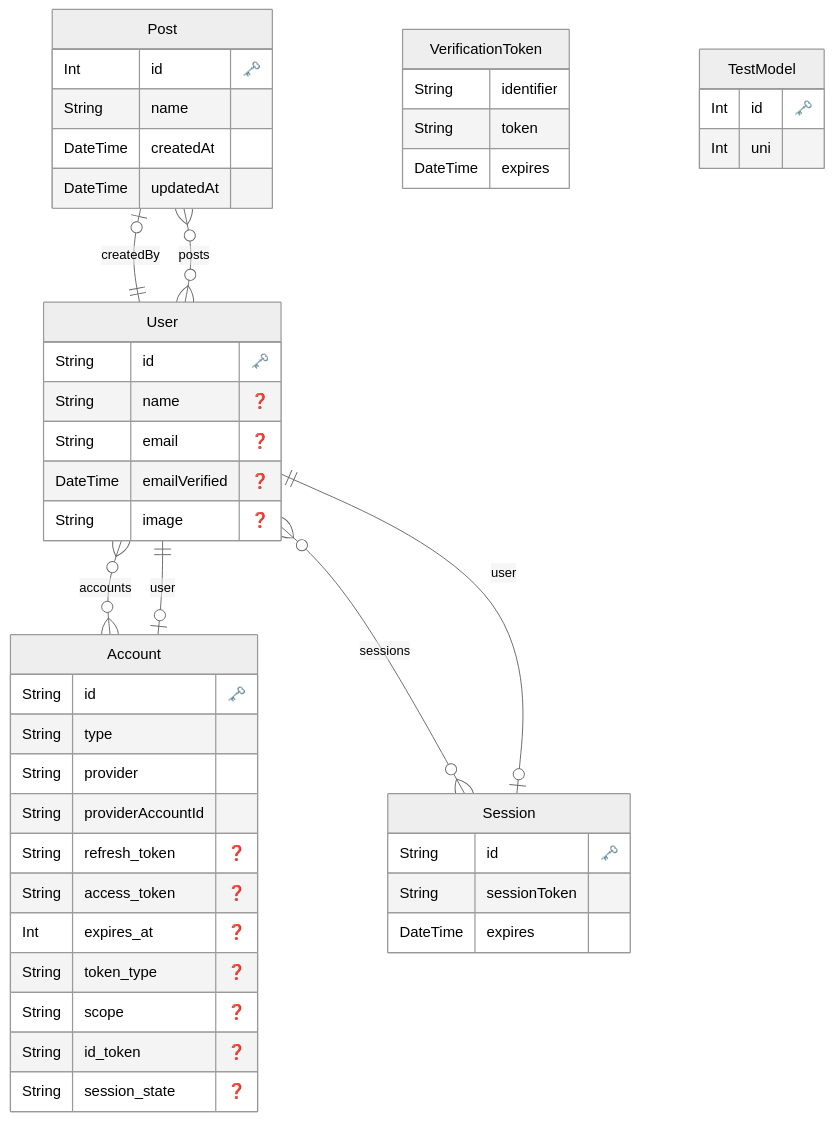
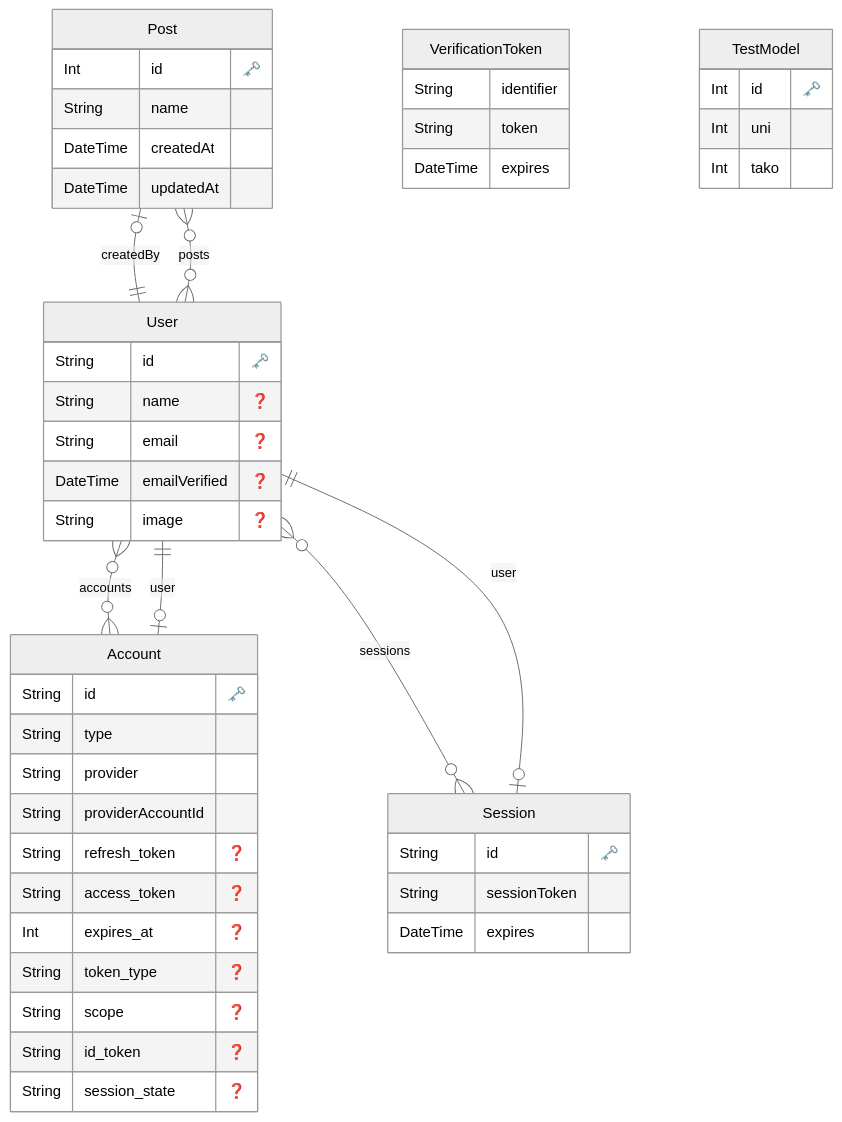
The diagram in prisma/ERD.md (mhatanorks/enthub), drawn with Mermaid (neutral theme) before and after one commit. The commit also changed 1 other file, not shown here.

Commit message:
create copy erd wiki7

````diff
--- a/prisma/ERD.md
+++ b/prisma/ERD.md
@@ -1,61 +1,62 @@
 ```mermaid
 erDiagram
 
   "Post" {
     Int id "🗝️"
     String name 
     DateTime createdAt 
     DateTime updatedAt 
     }
   
 
   "Account" {
     String id "🗝️"
     String type 
     String provider 
     String providerAccountId 
     String refresh_token "❓"
     String access_token "❓"
     Int expires_at "❓"
     String token_type "❓"
     String scope "❓"
     String id_token "❓"
     String session_state "❓"
     }
   
 
   "Session" {
     String id "🗝️"
     String sessionToken 
     DateTime expires 
     }
   
 
   "User" {
     String id "🗝️"
     String name "❓"
     String email "❓"
     DateTime emailVerified "❓"
     String image "❓"
     }
   
 
   "VerificationToken" {
     String identifier 
     String token 
     DateTime expires 
     }
   
 
   "TestModel" {
     Int id "🗝️"
     Int uni 
+    Int tako 
     }
   
     "Post" o|--|| "User" : "createdBy"
     "Account" o|--|| "User" : "user"
     "Session" o|--|| "User" : "user"
     "User" o{--}o "Account" : "accounts"
     "User" o{--}o "Session" : "sessions"
     "User" o{--}o "Post" : "posts"
 ```
````
